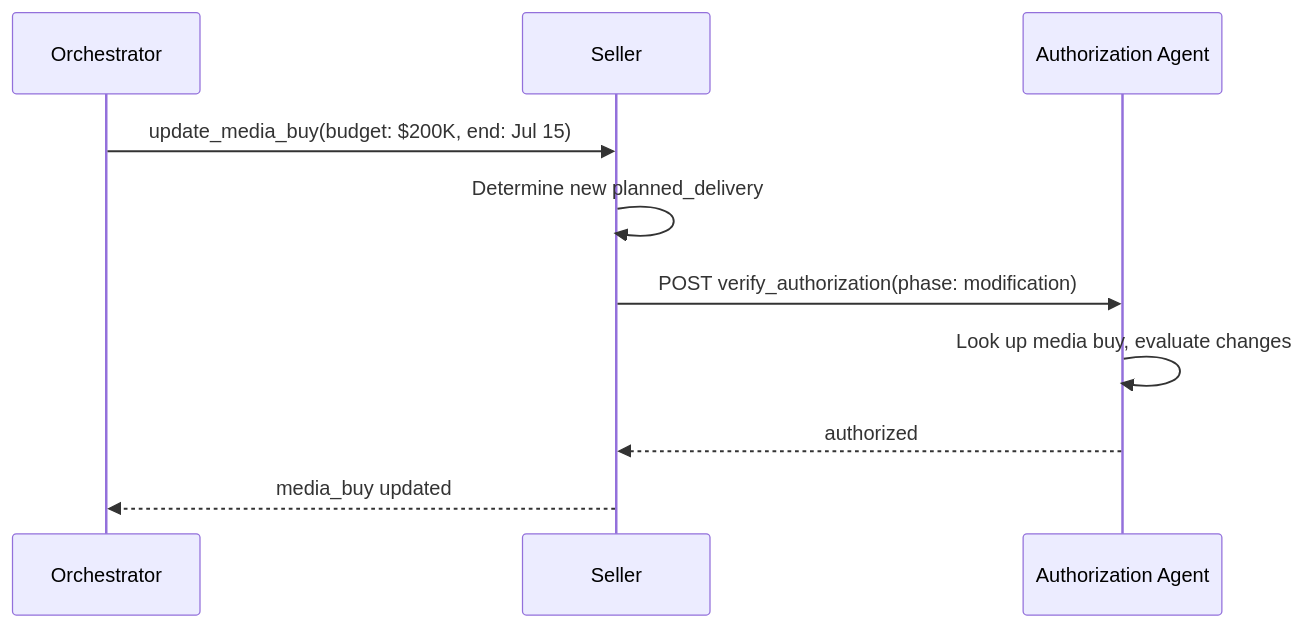
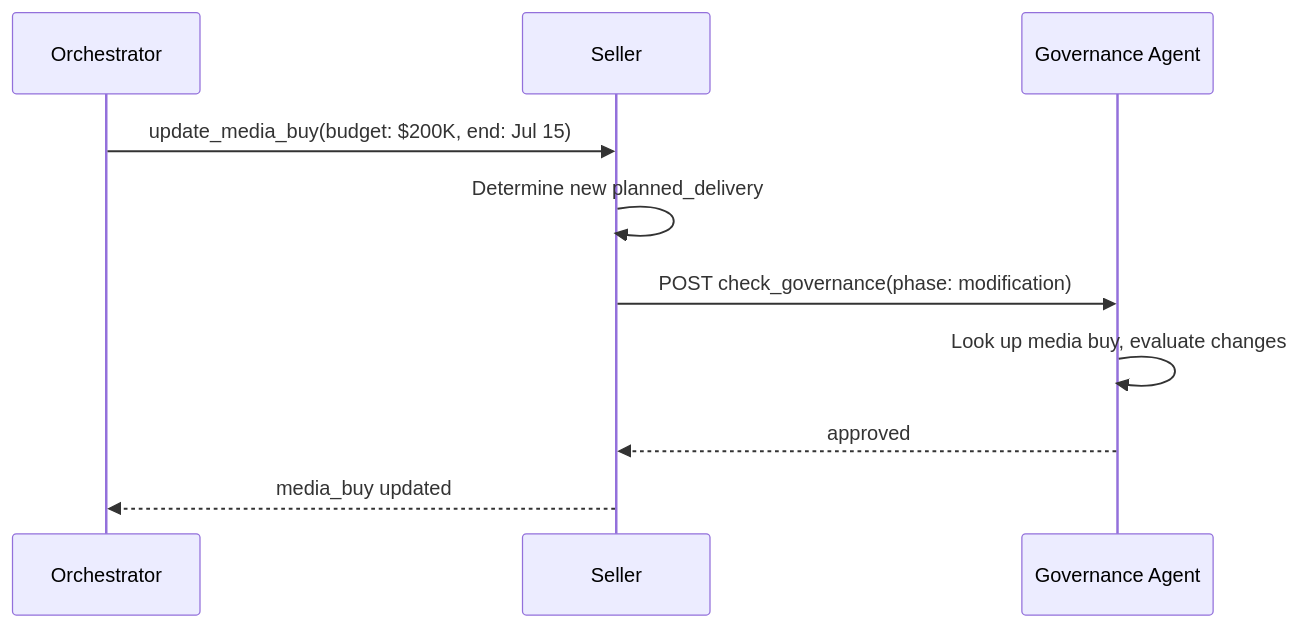
Before and after one commit to adcontextprotocol/adcp: the second of 4 diagrams in docs/governance/campaign/specification.mdx, drawn with Mermaid. The commit also changed other lines of this file and 17 other files, not shown here.

First line of the commit message:
refactor: rename authorization → governance terminology

````diff
--- a/docs/governance/campaign/specification.mdx
+++ b/docs/governance/campaign/specification.mdx
@@ -363,13 +363,13 @@
 ```mermaid
 sequenceDiagram
     participant O as Orchestrator
     participant S as Seller
-    participant A as Authorization Agent
+    participant A as Governance Agent
 
     O->>S: update_media_buy(budget: $200K, end: Jul 15)
     S->>S: Determine new planned_delivery
-    S->>A: POST verify_authorization(phase: modification)
+    S->>A: POST check_governance(phase: modification)
     A->>A: Look up media buy, evaluate changes
-    A-->>S: authorized
+    A-->>S: approved
     S-->>O: media_buy updated
 ```
````
